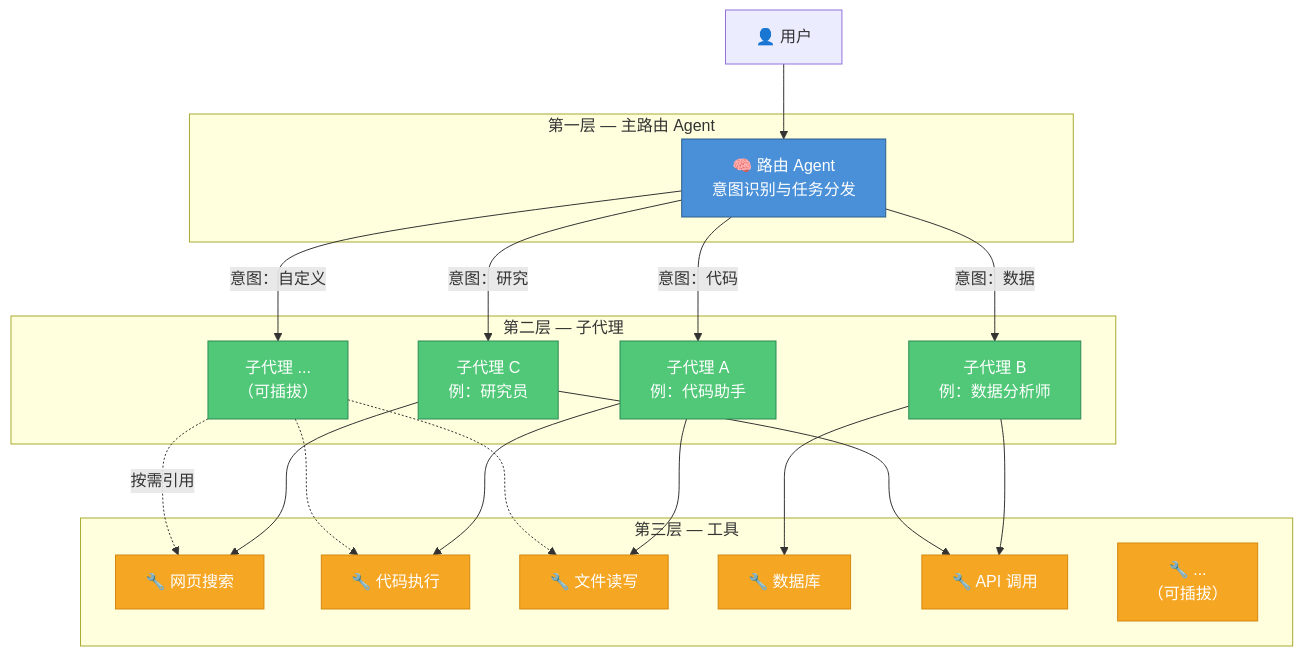
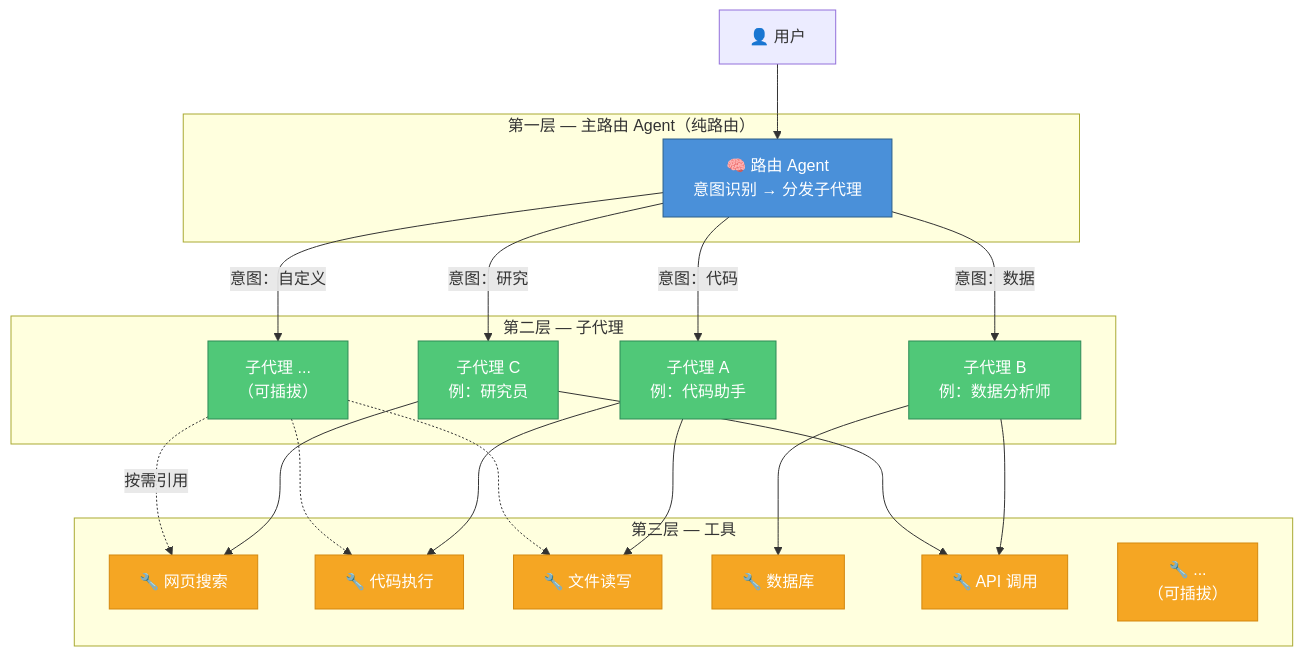
The first of 20 diagrams in doc/DESIGN.md (heelynn/artipivot), drawn with Mermaid before and after one commit. The commit also changed other lines of this file, not shown here.

````diff
--- a/doc/DESIGN.md
+++ b/doc/DESIGN.md
@@ -81,50 +81,50 @@
 ```mermaid
 graph TB
-    subgraph Layer1["第一层 — 主路由 Agent"]
-        R["🧠 路由 Agent<br/>意图识别与任务分发"]
+    subgraph Layer1["第一层 — 主路由 Agent（纯路由）"]
+        R["🧠 路由 Agent<br/>意图识别 → 分发子代理"]
     end
 
     subgraph Layer2["第二层 — 子代理"]
         SA1["子代理 A<br/>例：代码助手"]
         SA2["子代理 B<br/>例：数据分析师"]
         SA3["子代理 C<br/>例：研究员"]
         SA4["子代理 ...<br/>（可插拔）"]
     end
 
     subgraph Layer3["第三层 — 工具"]
         T1["🔧 网页搜索"]
         T2["🔧 代码执行"]
         T3["🔧 文件读写"]
         T4["🔧 数据库"]
         T5["🔧 API 调用"]
         T6["🔧 ...<br/>（可插拔）"]
     end
 
     User["👤 用户"] --> R
     R -->|"意图：代码"| SA1
     R -->|"意图：数据"| SA2
     R -->|"意图：研究"| SA3
     R -->|"意图：自定义"| SA4
 
     SA1 --> T2
     SA1 --> T3
     SA2 --> T4
     SA2 --> T5
     SA3 --> T1
     SA3 --> T5
     SA4 -.->|"按需引用"| T1
     SA4 -.-> T2
     SA4 -.-> T3
 
     style R fill:#4A90D9,color:#fff,stroke:#2C5F8A
     style SA1 fill:#50C878,color:#fff,stroke:#2E8B57
     style SA2 fill:#50C878,color:#fff,stroke:#2E8B57
     style SA3 fill:#50C878,color:#fff,stroke:#2E8B57
     style SA4 fill:#50C878,color:#fff,stroke:#2E8B57
     style T1 fill:#F5A623,color:#fff,stroke:#D4880F
     style T2 fill:#F5A623,color:#fff,stroke:#D4880F
     style T3 fill:#F5A623,color:#fff,stroke:#D4880F
     style T4 fill:#F5A623,color:#fff,stroke:#D4880F
     style T5 fill:#F5A623,color:#fff,stroke:#D4880F
     style T6 fill:#F5A623,color:#fff,stroke:#D4880F
 ```
````
